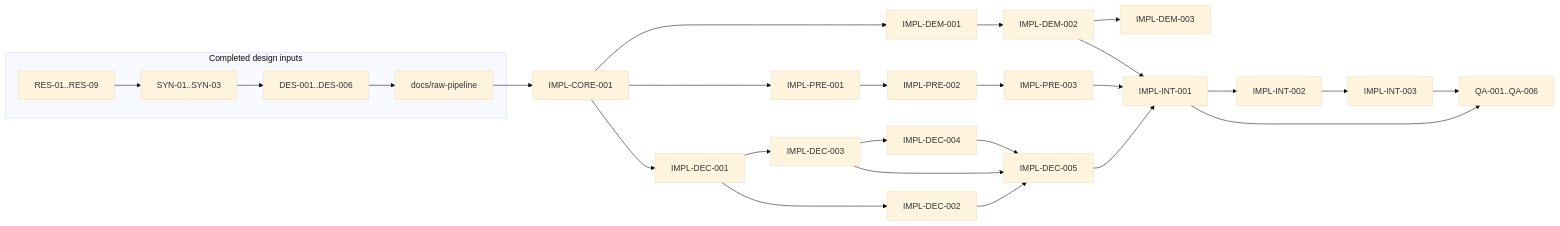
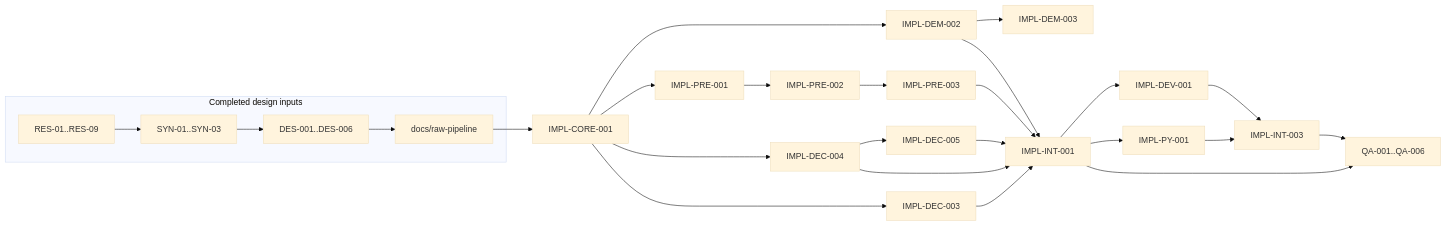
One commit to Glatzel/fornax changed the diagram in agent-work/tasks/raw-pipeline/README.md. Above: the diagram before and after it, drawn with Mermaid (base theme). The commit also changed other lines of this file and 31 other files, not shown here.

Commit message:
refactor(impl-core-001): group model ownership and replan tasks

````diff
--- a/agent-work/tasks/raw-pipeline/README.md
+++ b/agent-work/tasks/raw-pipeline/README.md
@@ -105,46 +108,45 @@
 ```mermaid
 flowchart LR
     subgraph Completed["Completed design inputs"]
         R0["RES-01..RES-09"]
         S["SYN-01..SYN-03"]
         D["DES-001..DES-006"]
         Docs["docs/raw-pipeline"]
         R0 --> S --> D --> Docs
     end
 
     Core["IMPL-CORE-001"]
-    Dec["IMPL-DEC-001"]
-    LibRaw["IMPL-DEC-002"]
-    Dnglab["IMPL-DEC-003"]
-    Dnc["IMPL-DEC-004"]
-    DecQA["IMPL-DEC-005"]
+    LibRaw["IMPL-DEC-003"]
+    Dnglab["IMPL-DEC-004"]
+    Dnc["IMPL-DEC-005"]
     Pre1["IMPL-PRE-001"]
     Pre2["IMPL-PRE-002"]
     Pre3["IMPL-PRE-003"]
-    Dem1["IMPL-DEM-001"]
     Dem2["IMPL-DEM-002"]
     Dem3["IMPL-DEM-003"]
     Int1["IMPL-INT-001"]
-    Int2["IMPL-INT-002"]
+    Py["IMPL-PY-001"]
+    Dev["IMPL-DEV-001"]
     Int3["IMPL-INT-003"]
     QA["QA-001..QA-006"]
 
     Docs --> Core
-    Core --> Dec
+    Core --> LibRaw
+    Core --> Dnglab
     Core --> Pre1
-    Core --> Dem1
-    Dec --> LibRaw
-    Dec --> Dnglab
+    Core --> Dem2
     Dnglab --> Dnc
-    LibRaw --> DecQA
-    Dnglab --> DecQA
-    Dnc --> DecQA
     Pre1 --> Pre2 --> Pre3
-    Dem1 --> Dem2 --> Dem3
-    DecQA --> Int1
+    Dem2 --> Dem3
+    LibRaw --> Int1
+    Dnglab --> Int1
+    Dnc --> Int1
     Pre3 --> Int1
     Dem2 --> Int1
-    Int1 --> Int2 --> Int3
+    Int1 --> Py
+    Int1 --> Dev
+    Py --> Int3
+    Dev --> Int3
     Int1 --> QA
     Int3 --> QA
 ```
````
